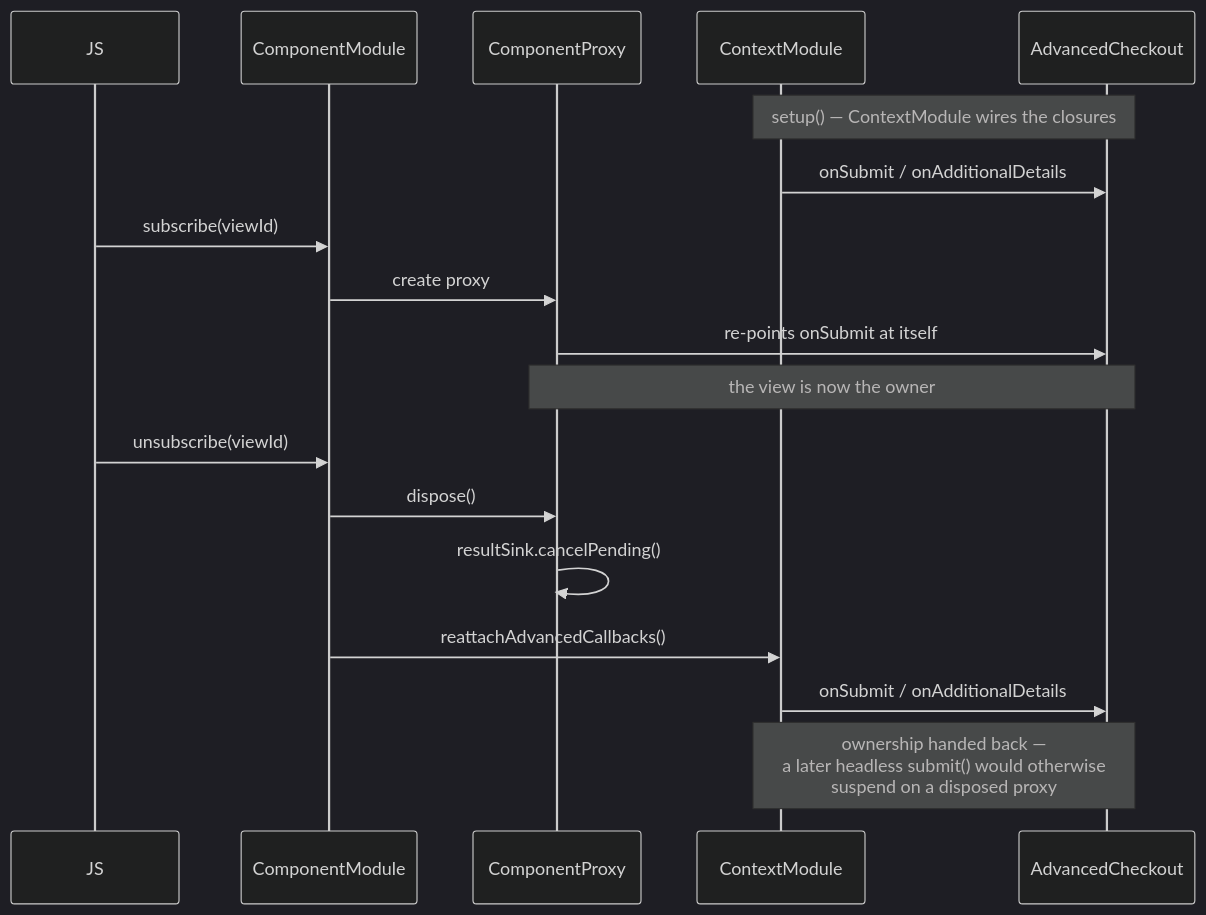
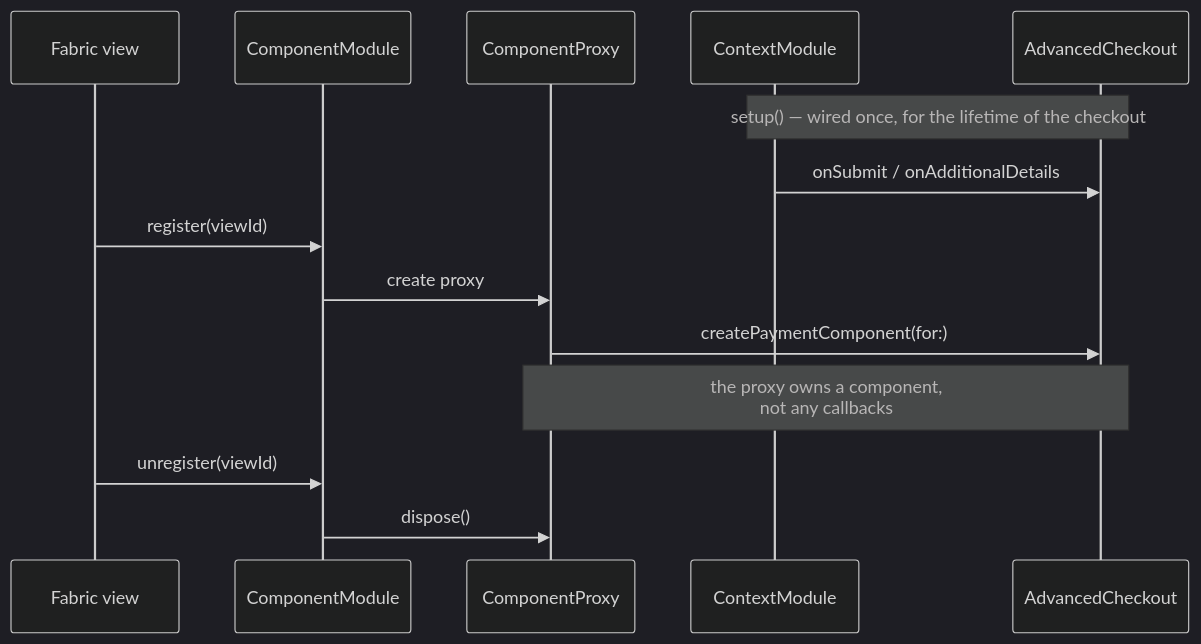
Before and after one commit to Adyen/adyen-react-native: the fourth of 7 diagrams in docs/native-architecture.md, drawn with Mermaid (dark theme). The commit also changed other lines of this file and 2 other files, not shown here.

````diff
--- a/docs/native-architecture.md
+++ b/docs/native-architecture.md
@@ -140,23 +147,19 @@
 ```mermaid
 sequenceDiagram
-  participant JS
+  participant View as Fabric view
   participant CM as ComponentModule
   participant CP as ComponentProxy
   participant CTX as ContextModule
   participant SDK as AdvancedCheckout
 
-  Note over CTX,SDK: setup() — ContextModule wires the closures
+  Note over CTX,SDK: setup() — wired once, for the lifetime of the checkout
   CTX->>SDK: onSubmit / onAdditionalDetails
 
-  JS->>CM: subscribe(viewId)
+  View->>CM: register(viewId)
   CM->>CP: create proxy
-  CP->>SDK: re-points onSubmit at itself
-  Note over CP,SDK: the view is now the owner
+  CP->>SDK: createPaymentComponent(for:)
+  Note over CP,SDK: the proxy owns a component,<br/>not any callbacks
 
-  JS->>CM: unsubscribe(viewId)
+  View->>CM: unregister(viewId)
   CM->>CP: dispose()
-  CP->>CP: resultSink.cancelPending()
-  CM->>CTX: reattachAdvancedCallbacks()
-  CTX->>SDK: onSubmit / onAdditionalDetails
-  Note over CTX,SDK: ownership handed back —<br/>a later headless submit() would otherwise<br/>suspend on a disposed proxy
 ```
````
